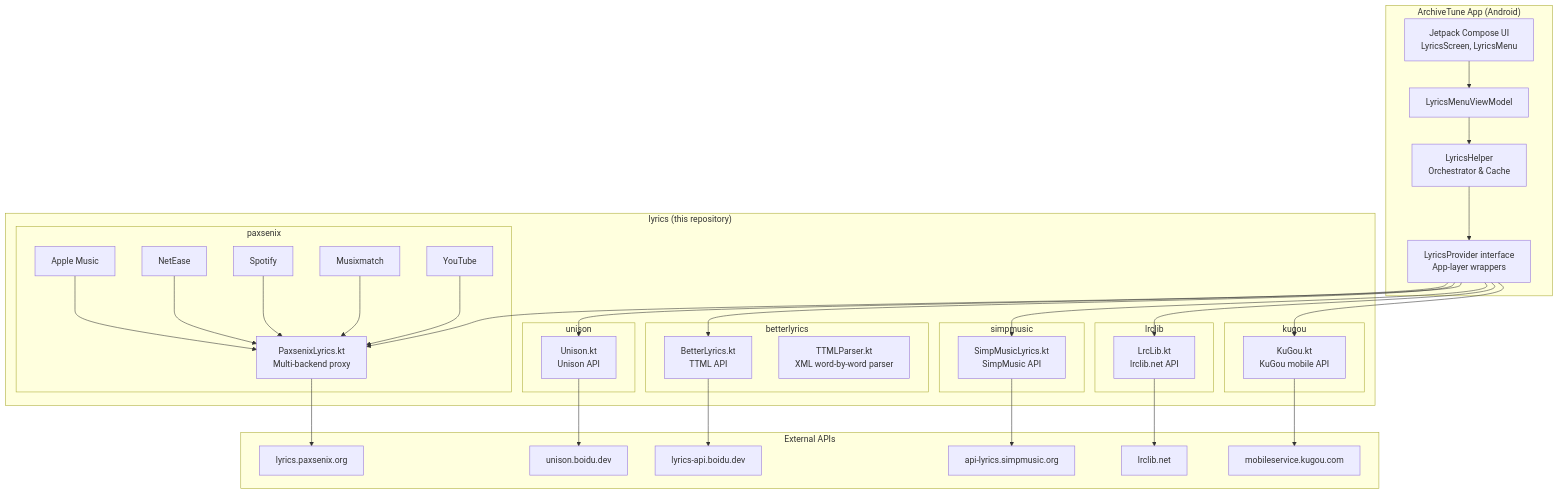
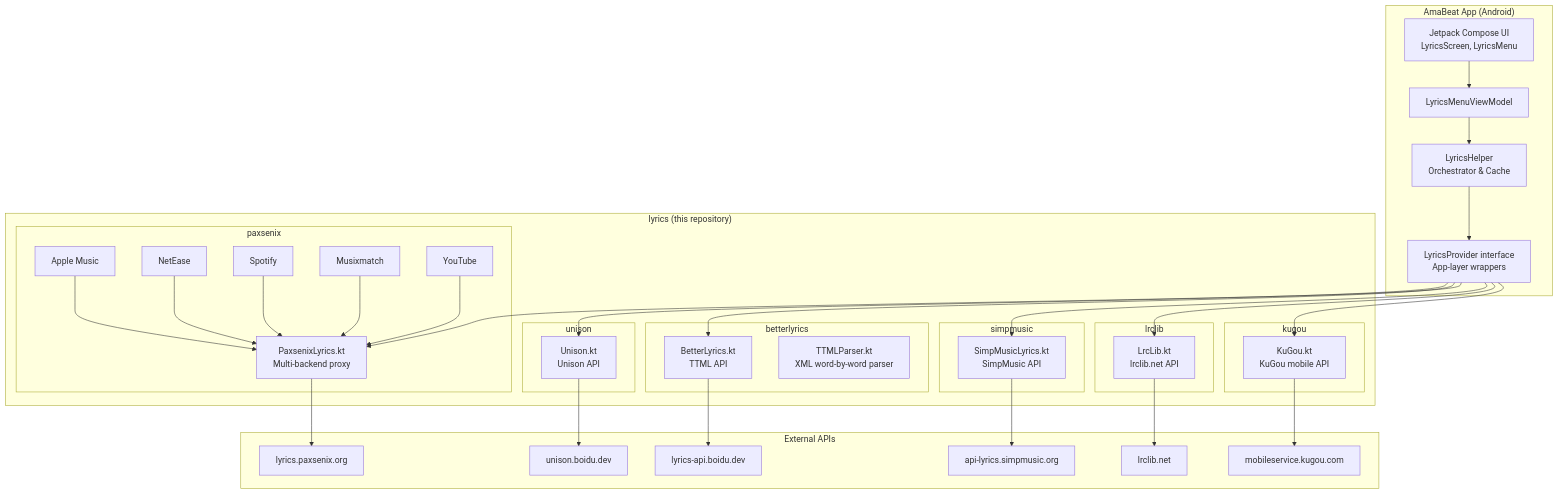
Before and after one commit to nastechresearch/AmaBeat: the diagram in lyrics/README.md, drawn with Mermaid. The commit also changed other lines of this file and 477 other files, not shown here.

Commit message:
Rename ArchiveTune branding to AmaBeat

````diff
--- a/lyrics/README.md
+++ b/lyrics/README.md
@@ -57,56 +57,56 @@
 ```mermaid
 flowchart TB
-    subgraph Android["ArchiveTune App (Android)"]
+    subgraph Android["AmaBeat App (Android)"]
         UI["Jetpack Compose UI<br/>LyricsScreen, LyricsMenu"]
         VM["LyricsMenuViewModel"]
         LH["LyricsHelper<br/>Orchestrator & Cache"]
         LP["LyricsProvider interface<br/>App-layer wrappers"]
     end
 
     subgraph Lyrics["lyrics (this repository)"]
         subgraph Kugou["kugou"]
             KG["KuGou.kt<br/>KuGou mobile API"]
         end
         subgraph Lrclib["lrclib"]
             LL["LrcLib.kt<br/>lrclib.net API"]
         end
         subgraph Simpmusic["simpmusic"]
             SM["SimpMusicLyrics.kt<br/>SimpMusic API"]
         end
         subgraph Paxsenix["paxsenix"]
             PX["PaxsenixLyrics.kt<br/>Multi-backend proxy"]
             PXAM["Apple Music"]
             PXNE["NetEase"]
             PXSP["Spotify"]
             PXMX["Musixmatch"]
             PXYT["YouTube"]
         end
         subgraph Betterlyrics["betterlyrics"]
             BL["BetterLyrics.kt<br/>TTML API"]
             TTP["TTMLParser.kt<br/>XML word-by-word parser"]
         end
         subgraph Unison["unison"]
             UN["Unison.kt<br/>Unison API"]
         end
     end
 
     subgraph External["External APIs"]
         EXKG["mobileservice.kugou.com"]
         EXLL["lrclib.net"]
         EXSM["api-lyrics.simpmusic.org"]
         EXPX["lyrics.paxsenix.org"]
         EXBL["lyrics-api.boidu.dev"]
         EXUN["unison.boidu.dev"]
     end
 
     UI --> VM --> LH
     LH --> LP
     LP --> KG & LL & SM & PX & BL & UN
     KG --> EXKG
     LL --> EXLL
     SM --> EXSM
     PX --> EXPX
     PXAM & PXNE & PXSP & PXMX & PXYT --> PX
     BL --> EXBL
     UN --> EXUN
 ```
````
